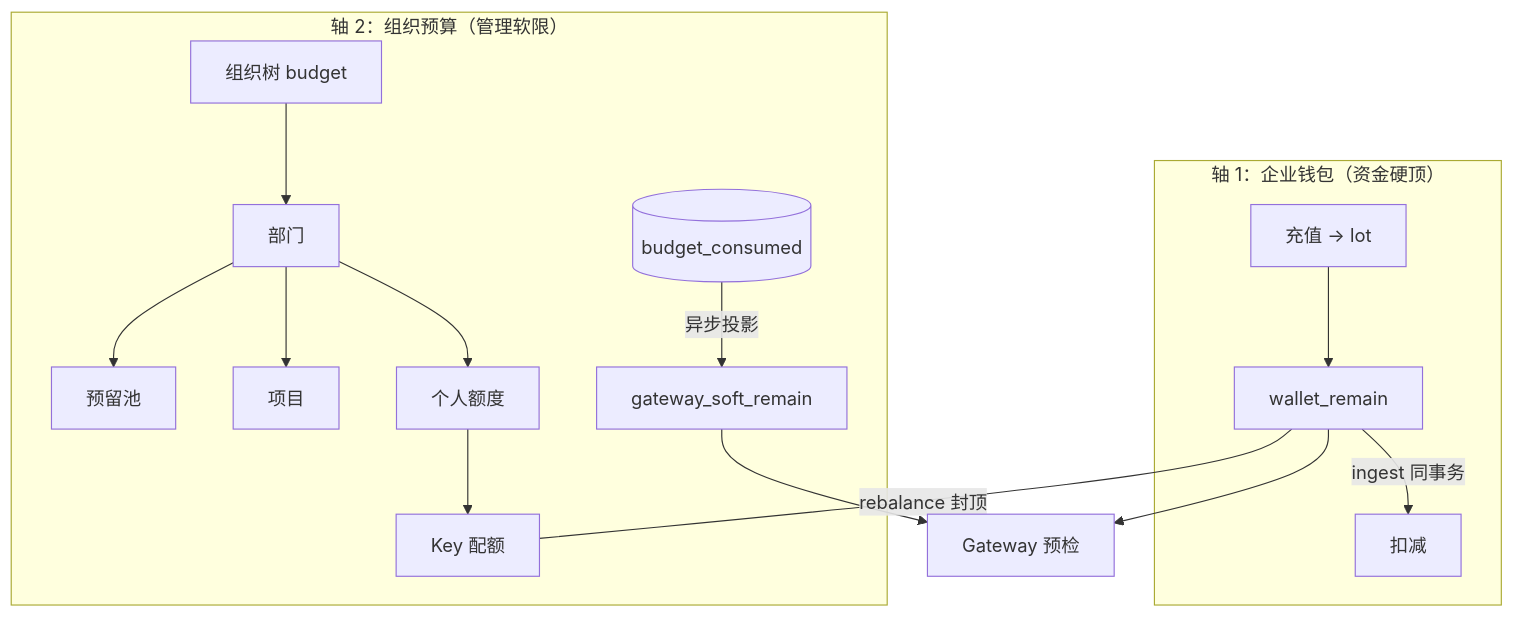
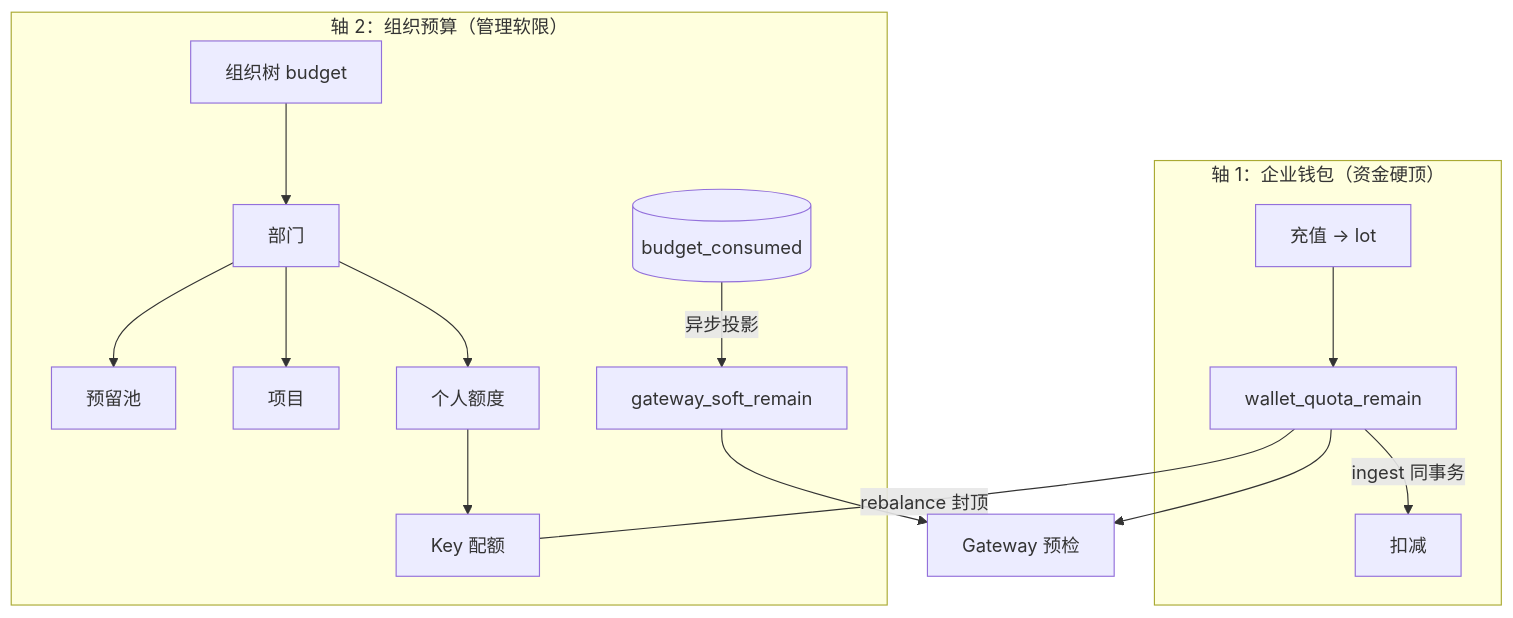
The seventh of 15 diagrams in docs/reviews/架构分析-Token计费与钱包体系.md (quyip8818/mytokenjoy), drawn with Mermaid before and after one commit. The commit also changed other lines of this file and 43 other files, not shown here.

Commit message:
rename wallet_remain → wallet_quota_remain

````diff
--- a/docs/reviews/架构分析-Token计费与钱包体系.md
+++ b/docs/reviews/架构分析-Token计费与钱包体系.md
@@ -286,20 +286,20 @@
 ```mermaid
 flowchart TB
   subgraph wallet_axis [轴 1：企业钱包（资金硬顶）]
-    CHARGE[充值 → lot] --> WAL[wallet_remain]
+    CHARGE[充值 → lot] --> WAL[wallet_quota_remain]
     WAL -->|ingest 同事务| DEDUCT[扣减]
   end
 
   subgraph org_axis [轴 2：组织预算（管理软限）]
     TREE[组织树 budget] --> DEPT[部门]
     DEPT --> POOL[预留池]
     DEPT --> PROJ[项目]
     DEPT --> PERS[个人额度]
     PERS --> KEY[Key 配额]
     SNAP[(budget_consumed)] -->|异步投影| SOFT[gateway_soft_remain]
   end
 
   WAL ---|rebalance 封顶| KEY
   SOFT --> GW[Gateway 预检]
   WAL --> GW
 ```
````
